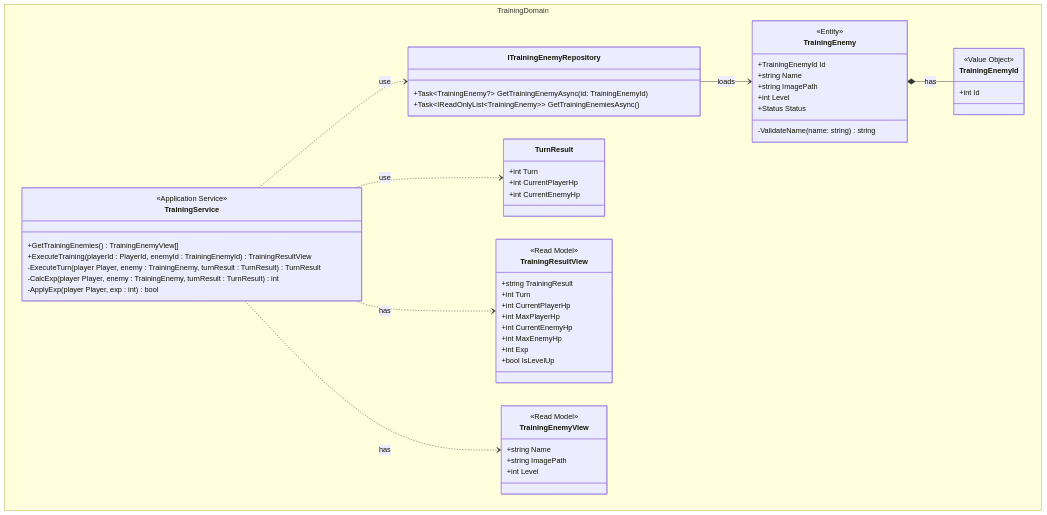
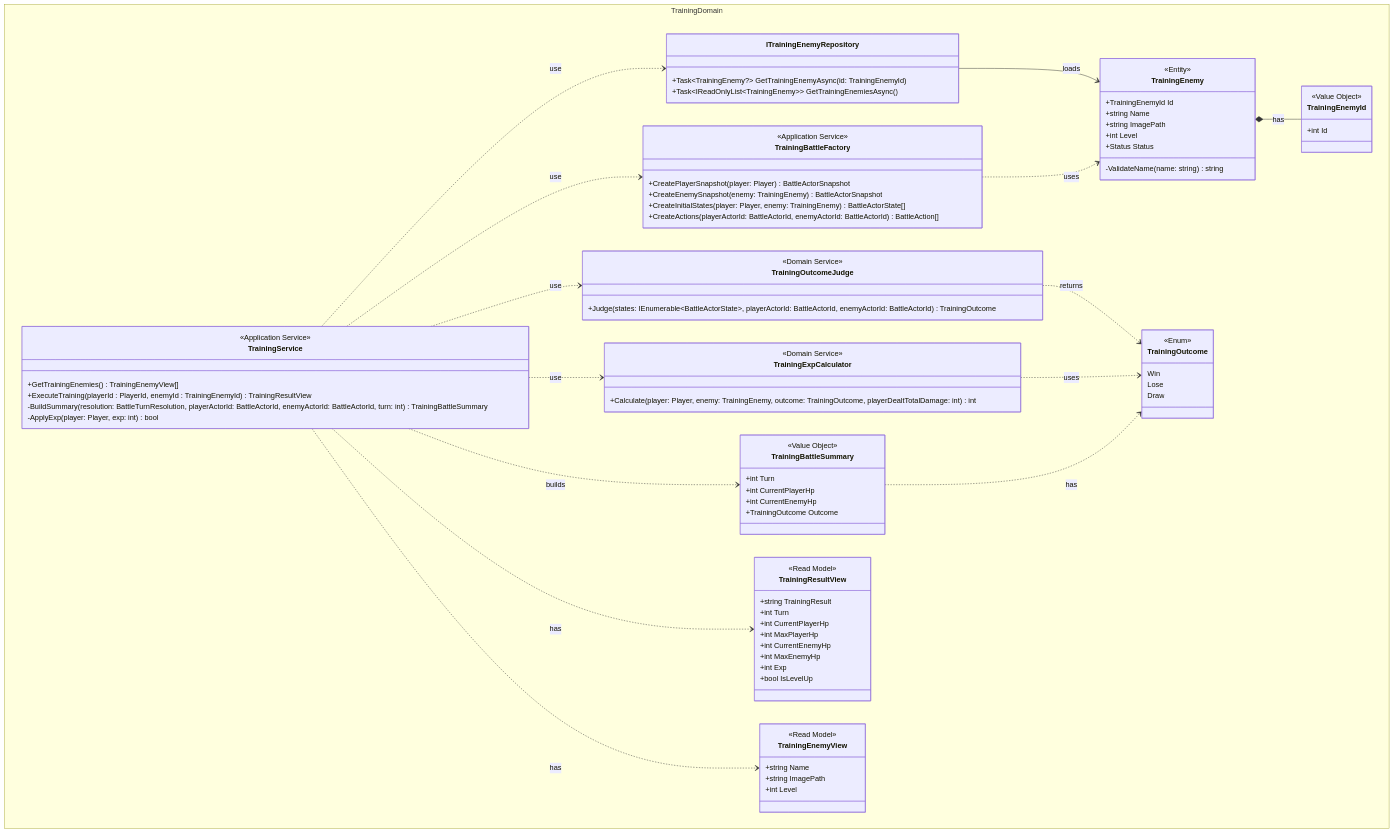
Before and after one commit to ayumu203/nisekue: the diagram in docs/MMD03_TrainingDomain.mmd, drawn with Mermaid.

Commit message:
feat: ロジックの共通化.

```diff
--- a/docs/MMD03_TrainingDomain.mmd
+++ b/docs/MMD03_TrainingDomain.mmd
@@ -1,65 +1,98 @@
 classDiagram
     %% Enum 定義は docs/MMD21_Enum.mmd を参照
     namespace TrainingDomain {
         %% トレーニングモード
         class TrainingEnemy {
             <<Entity>>
             +TrainingEnemyId Id
             +string Name
             +string ImagePath
             +int Level
             +Status Status
             -ValidateName(name: string) string
         }
 
         class TrainingEnemyId {
             <<Value Object>>
             +int Id
         }
 
         class ITrainingEnemyRepository {
             +Task~TrainingEnemy?~ GetTrainingEnemyAsync(id: TrainingEnemyId)
             +Task~IReadOnlyList~TrainingEnemy~~ GetTrainingEnemiesAsync()
         }
 
+        class TrainingBattleFactory {
+            <<Application Service>>
+            +CreatePlayerSnapshot(player: Player) BattleActorSnapshot
+            +CreateEnemySnapshot(enemy: TrainingEnemy) BattleActorSnapshot
+            +CreateInitialStates(player: Player, enemy: TrainingEnemy) BattleActorState[]
+            +CreateActions(playerActorId: BattleActorId, enemyActorId: BattleActorId) BattleAction[]
+        }
+
+        class TrainingOutcome {
+            <<Enum>>
+            Win
+            Lose
+            Draw
+        }
+
+        class TrainingOutcomeJudge {
+            <<Domain Service>>
+            +Judge(states: IEnumerable~BattleActorState~, playerActorId: BattleActorId, enemyActorId: BattleActorId) TrainingOutcome
+        }
+
+        class TrainingExpCalculator {
+            <<Domain Service>>
+            +Calculate(player: Player, enemy: TrainingEnemy, outcome: TrainingOutcome, playerDealtTotalDamage: int) int
+        }
+
+        class TrainingBattleSummary {
+            <<Value Object>>
+            +int Turn
+            +int CurrentPlayerHp
+            +int CurrentEnemyHp
+            +TrainingOutcome Outcome
+        }
+
         class TrainingService {
             <<Application Service>>
             +GetTrainingEnemies() TrainingEnemyView[]
             +ExecuteTraining(playerId : PlayerId, enemyId : TrainingEnemyId) TrainingResultView
-            -ExecuteTurn(player Player, enemy : TrainingEnemy, turnResult : TurnResult) TurnResult
-            -CalcExp(player Player, enemy : TrainingEnemy, turnResult : TurnResult) int
-            -ApplyExp(player Player, exp : int) bool
-        }
-
-        class TurnResult {
-            +int Turn
-            +int CurrentPlayerHp
-            +int CurrentEnemyHp
+            -BuildSummary(resolution: BattleTurnResolution, playerActorId: BattleActorId, enemyActorId: BattleActorId, turn: int) TrainingBattleSummary
+            -ApplyExp(player: Player, exp: int) bool
         }
 
         class TrainingEnemyView {
             <<Read Model>>
             +string Name
             +string ImagePath
             +int Level
         }
 
         class TrainingResultView {
             <<Read Model>>
             +string TrainingResult
             +int Turn
             +int CurrentPlayerHp
             +int MaxPlayerHp
             +int CurrentEnemyHp
             +int MaxEnemyHp
             +int Exp
             +bool IsLevelUp
         }
     }
 
     TrainingEnemy *-- TrainingEnemyId : has
     ITrainingEnemyRepository --> TrainingEnemy : loads
+    TrainingBattleFactory ..> TrainingEnemy : uses
+    TrainingOutcomeJudge ..> TrainingOutcome : returns
+    TrainingExpCalculator ..> TrainingOutcome : uses
+    TrainingBattleSummary ..> TrainingOutcome : has
     TrainingService ..> ITrainingEnemyRepository : use
-    TrainingService ..> TurnResult : use
+    TrainingService ..> TrainingBattleFactory : use
+    TrainingService ..> TrainingOutcomeJudge : use
+    TrainingService ..> TrainingExpCalculator : use
+    TrainingService ..> TrainingBattleSummary : builds
     TrainingService ..> TrainingResultView : has
     TrainingService ..> TrainingEnemyView : has
```
